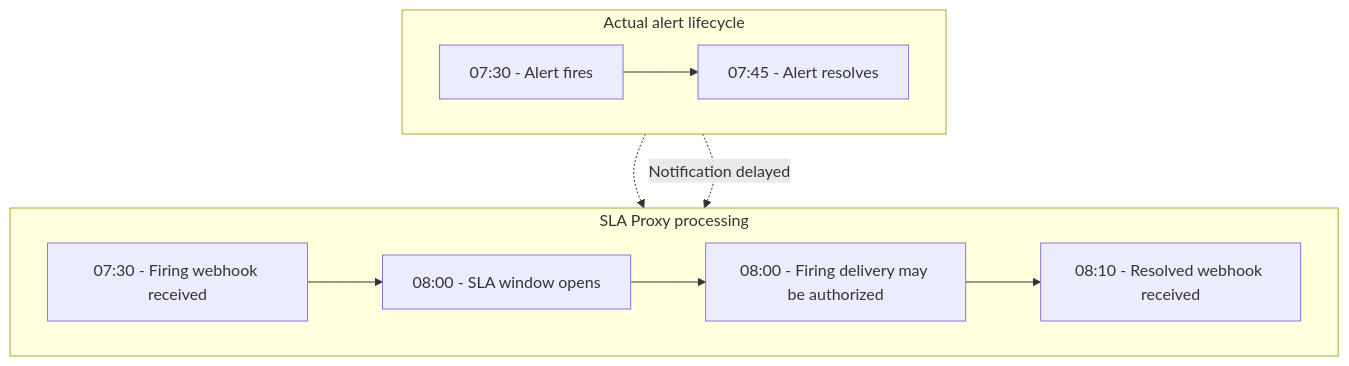
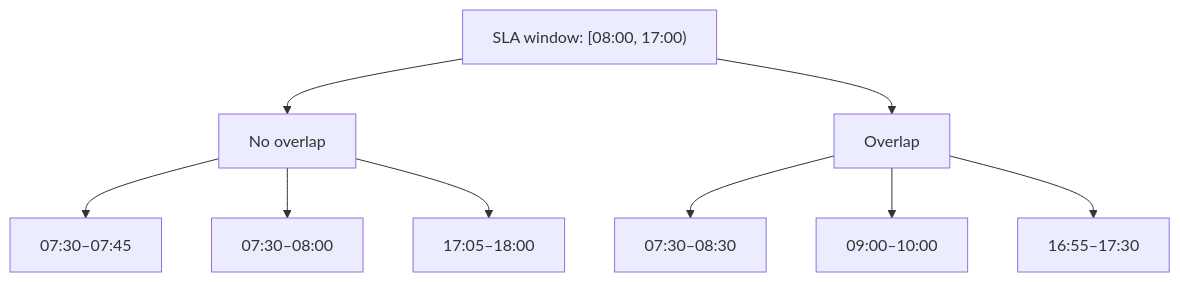
Before and after one commit to thenodon/alert-event-receiver: the second of 5 diagrams in docs/sla-proxy/concepts.md, drawn with Mermaid. The commit also changed other lines of this file and 7 other files, not shown here.

````diff
--- a/docs/sla-proxy/concepts.md
+++ b/docs/sla-proxy/concepts.md
@@ -70,21 +77,12 @@
 ```mermaid
 flowchart TB
-subgraph AL["Actual alert lifecycle"]
-direction LR
-A["07:30 - Alert fires"]
-B["07:45 - Alert resolves"]
-A --> B
-end
-
-    subgraph PX["SLA Proxy processing"]
-        direction LR
-        C["07:30 - Firing webhook received"]
-        D["08:00 - SLA window opens"]
-        E["08:00 - Firing delivery may be authorized"]
-        F["08:10 - Resolved webhook received"]
-        C --> D --> E --> F
-    end
-
-    A -.-> C
-    B -. "Notification delayed" .-> F
+    W["SLA window: [08:00, 17:00)"]
+    W --> N[No overlap]
+    W --> Y[Overlap]
+    N --> A["07:30–07:45"]
+    N --> B["07:30–08:00"]
+    N --> F["17:05–18:00"]
+    Y --> C["07:30–08:30"]
+    Y --> D["09:00–10:00"]
+    Y --> E["16:55–17:30"]
 ```
````
